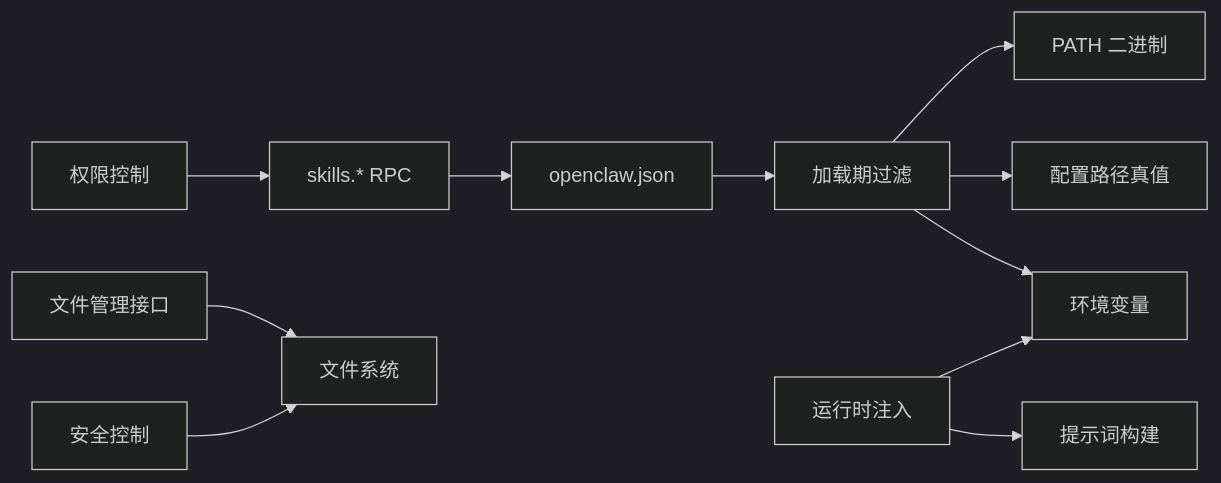
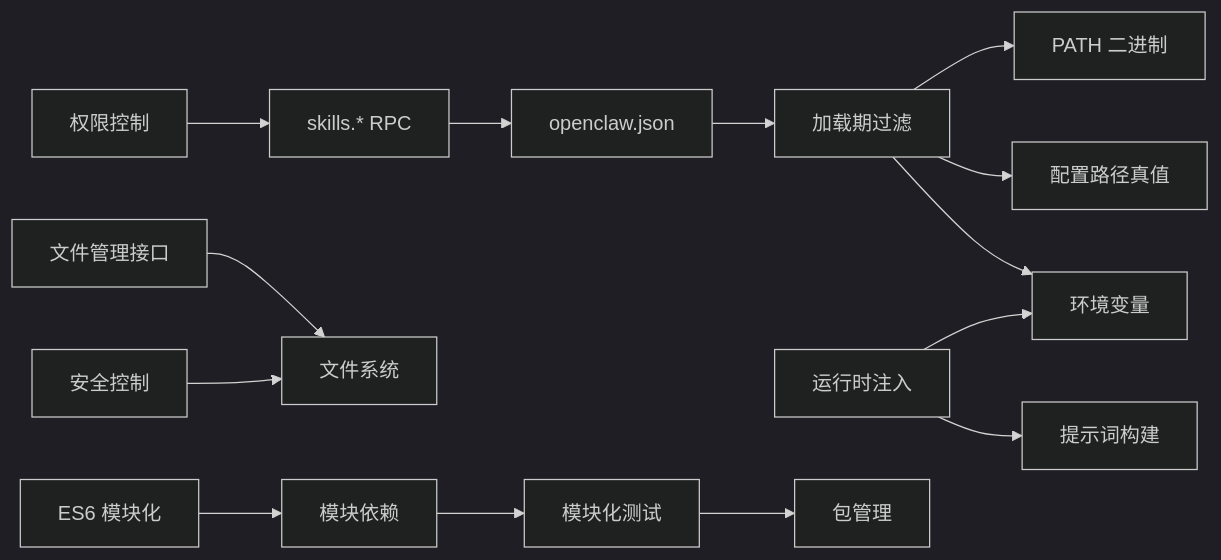
Before and after one commit to verse-ai-org/openclaw: the fourth of 4 diagrams in .qoder/repowiki/zh/content/技能平台/技能平台.md, drawn with Mermaid (dark theme). The commit also changed other lines of this file and 74 other files, not shown here.

````diff
--- a/.qoder/repowiki/zh/content/技能平台/技能平台.md
+++ b/.qoder/repowiki/zh/content/技能平台/技能平台.md
@@ -274,13 +331,16 @@
 ```mermaid
 graph LR
 CFG["openclaw.json"] --> LOAD["加载期过滤"]
 LOAD --> BIN["PATH 二进制"]
 LOAD --> CONF["配置路径真值"]
 LOAD --> ENV["环境变量"]
 RUNTIME["运行时注入"] --> ENV
 RUNTIME --> PROMPT["提示词构建"]
 RPC["skills.* RPC"] --> CFG
 FILEMGR["文件管理接口"] --> FS["文件系统"]
 SECURITY["安全控制"] --> FS
 AUTH["权限控制"] --> RPC
+MODULES["ES6 模块化"] --> DEPS["模块依赖"]
+DEPS --> TESTS["模块化测试"]
+TESTS --> BUNDLING["包管理"]
 ```
````
